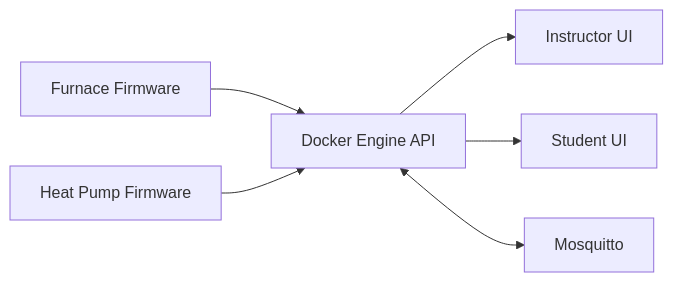
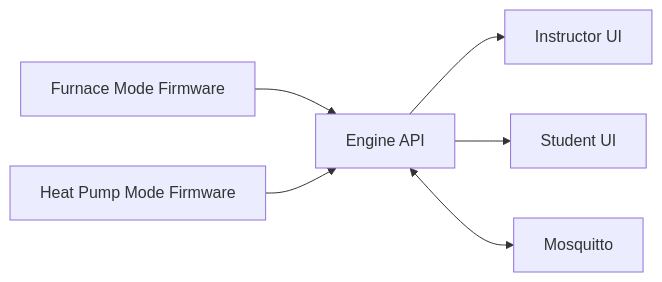
One commit to Randym1988/HVAC-Trainer-Ver2.0 changed the diagram in README.md. Above: the diagram before and after it, drawn with Mermaid. The commit also changed other lines of this file, not shown here.

````diff
--- a/README.md
+++ b/README.md
@@ -40,8 +41,8 @@
 ```mermaid
 flowchart LR
-  FURNACE[Furnace Firmware] --> ENGINE[Docker Engine API]
-  HEATPUMP[Heat Pump Firmware] --> ENGINE
-  ENGINE --> INSTR[Instructor UI]
-  ENGINE --> STUD[Student UI]
-  ENGINE <--> MQTT[Mosquitto]
+  Furnace[Furnace Mode Firmware] --> Engine[Engine API]
+  HeatPump[Heat Pump Mode Firmware] --> Engine
+  Engine --> Instructor[Instructor UI]
+  Engine --> Student[Student UI]
+  Engine <--> MQTT[Mosquitto]
 ```
````
